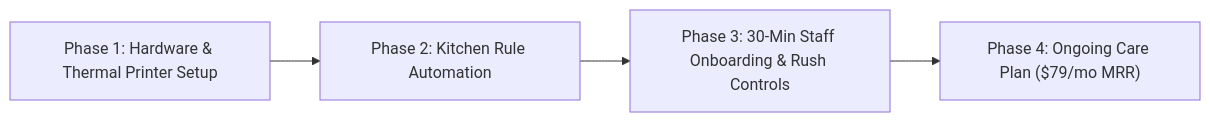
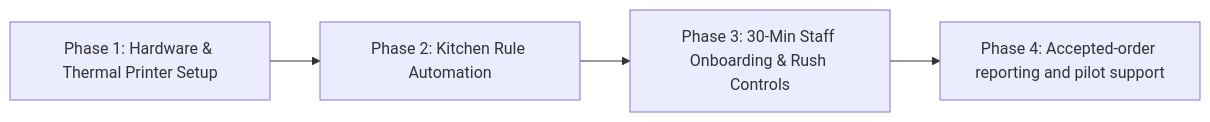
Before and after one commit to nicholaswittle/wisenseobsidian: the diagram in business/WiSense Operational Partner Plan — Jigsy's.md, drawn with Mermaid. The commit also changed other lines of this file and 6 other files, not shown here.

````diff
--- a/business/WiSense Operational Partner Plan — Jigsy's.md
+++ b/business/WiSense Operational Partner Plan — Jigsy's.md
@@ -18,6 +37,6 @@
 ```mermaid
 flowchart LR
     A["Phase 1: Hardware & Thermal Printer Setup"] --> B["Phase 2: Kitchen Rule Automation"]
     B --> C["Phase 3: 30-Min Staff Onboarding & Rush Controls"]
-    C --> D["Phase 4: Ongoing Care Plan ($79/mo MRR)"]
+    C --> D["Phase 4: Accepted-order reporting and pilot support"]
 ```
````
